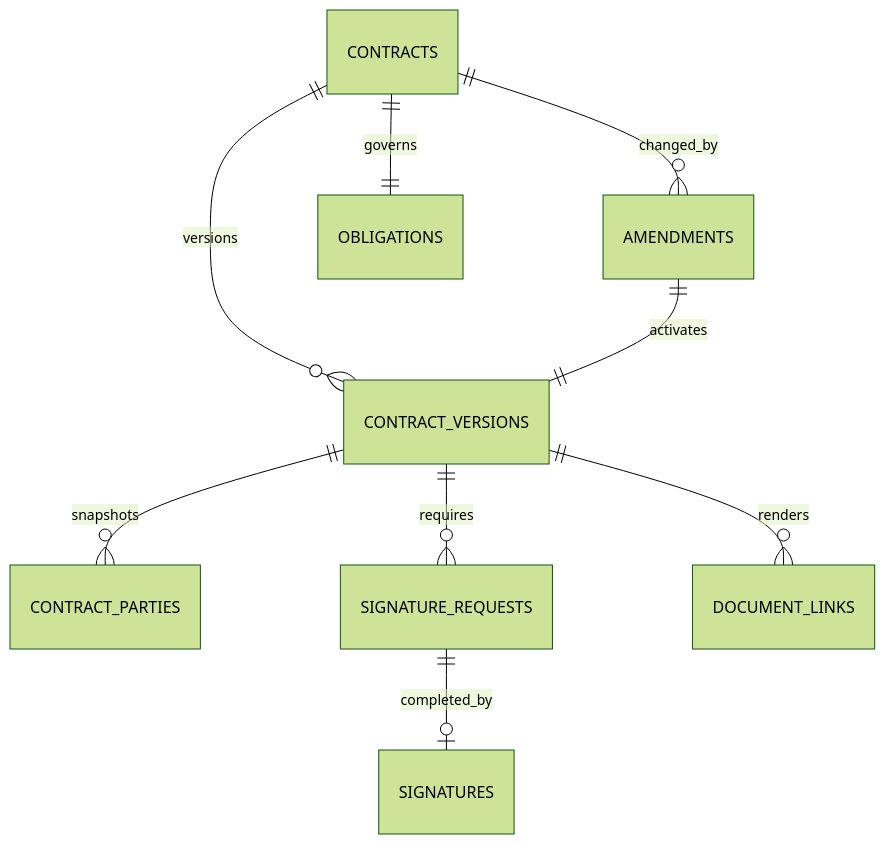
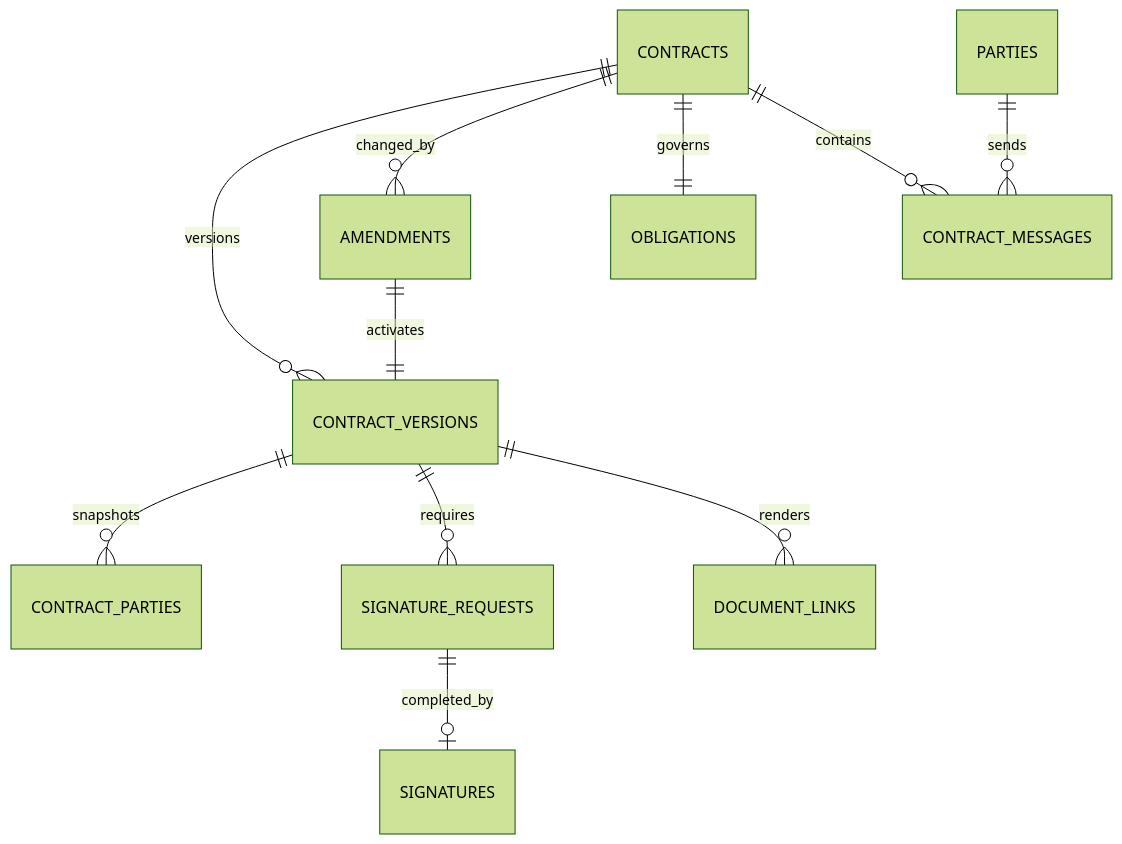
The fourth of 9 diagrams in docs/02-architecture/DATA_MODEL.md (nurgeldiserikbay/QaryzLinkDocs), drawn with Mermaid (forest theme) before and after one commit. The commit also changed other lines of this file, not shown here.

Commit message:
docs(data): record contract message persistence

```diff
--- a/docs/02-architecture/DATA_MODEL.md
+++ b/docs/02-architecture/DATA_MODEL.md
@@ -206,11 +206,13 @@
 ~~~mermaid
 erDiagram
     CONTRACTS ||--o{ CONTRACT_VERSIONS : versions
     CONTRACT_VERSIONS ||--o{ CONTRACT_PARTIES : snapshots
     CONTRACT_VERSIONS ||--o{ SIGNATURE_REQUESTS : requires
     SIGNATURE_REQUESTS ||--o| SIGNATURES : completed_by
     CONTRACTS ||--o{ AMENDMENTS : changed_by
     AMENDMENTS ||--|| CONTRACT_VERSIONS : activates
     CONTRACTS ||--|| OBLIGATIONS : governs
+    CONTRACTS ||--o{ CONTRACT_MESSAGES : contains
+    PARTIES ||--o{ CONTRACT_MESSAGES : sends
     CONTRACT_VERSIONS ||--o{ DOCUMENT_LINKS : renders
 ~~~
```
